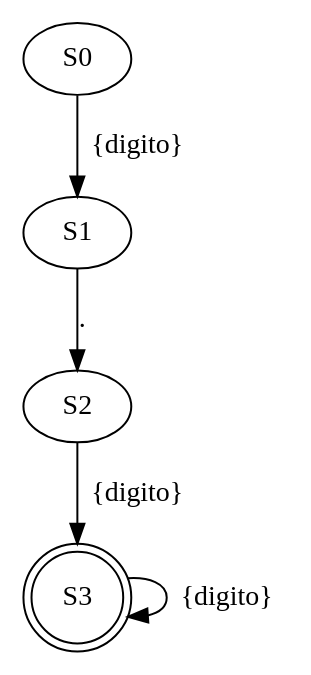
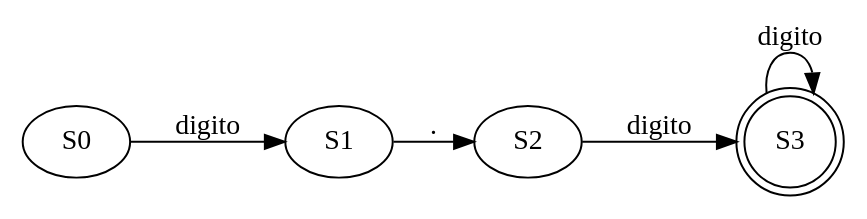
The diagram in Regexive/archivos/AFD_201901557/ExpresionReg2.dot (JeffMendez/OCL_Proyecto1_201901557), drawn with Graphviz before and after one commit. The commit also changed 78 other files, not shown here.

```diff
--- a/Regexive/archivos/AFD_201901557/ExpresionReg2.dot
+++ b/Regexive/archivos/AFD_201901557/ExpresionReg2.dot
@@ -1,3 +1,4 @@
 digraph G {
-	S0 -> S1 [label="{digito}"]	S1 -> S2 [label="."]	S2 -> S3 [label="{digito}"]	S3 [shape="doublecircle"]	S3 -> S3 [label="{digito}"]
+	rankdir=LR
+	S0 -> S1 [label="digito"]	S1 -> S2 [label="."]	S2 -> S3 [label="digito"]	S3 [shape="doublecircle"]	S3 -> S3 [label="digito"]
 }
```
